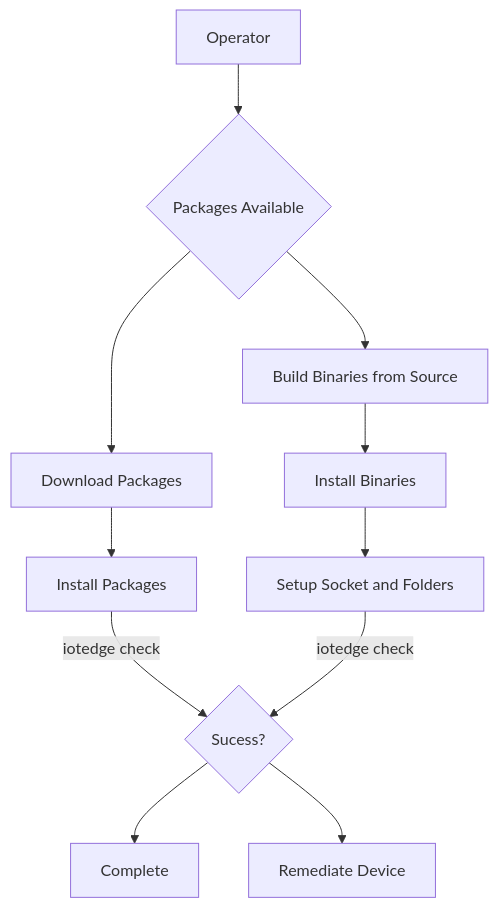
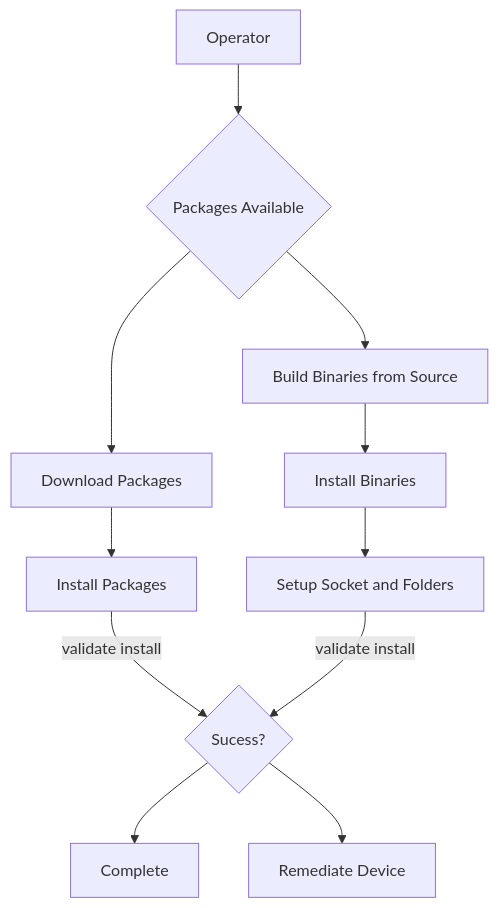
One commit to Azure/iotedge changed the second of 4 diagrams in platform-validation/doc/ValidationToolKit.md. Above: the diagram before and after it, drawn with Mermaid. The commit also changed other lines of this file and 5 other files, not shown here.

````diff
--- a/platform-validation/doc/ValidationToolKit.md
+++ b/platform-validation/doc/ValidationToolKit.md
@@ -33,13 +74,13 @@
 ```mermaid
 graph TD
     A[Operator] -->B{Packages Available}
     B --> C[Download Packages]
     C --> F[Install Packages]
     B --> D[Build Binaries from Source]
     D --> E[Install Binaries]
     E --> H[Setup Socket and Folders]
-    F --> | iotedge check | G{Sucess?}
-    H --> | iotedge check |G
+    F --> | validate install | G{Sucess?}
+    H --> | validate install |G
     G --> I[Complete]
     G --> J[Remediate Device]
 ```
````
